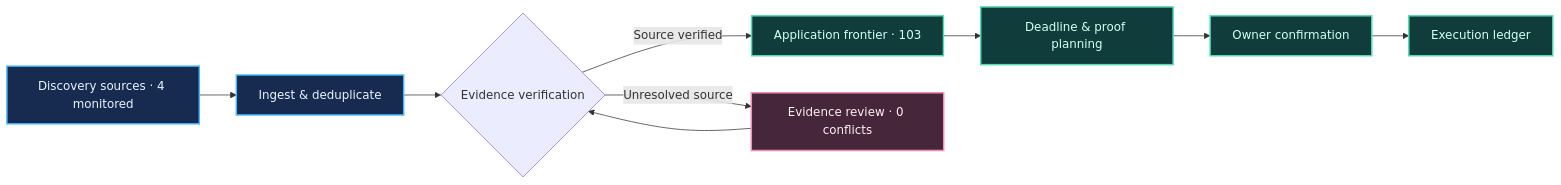
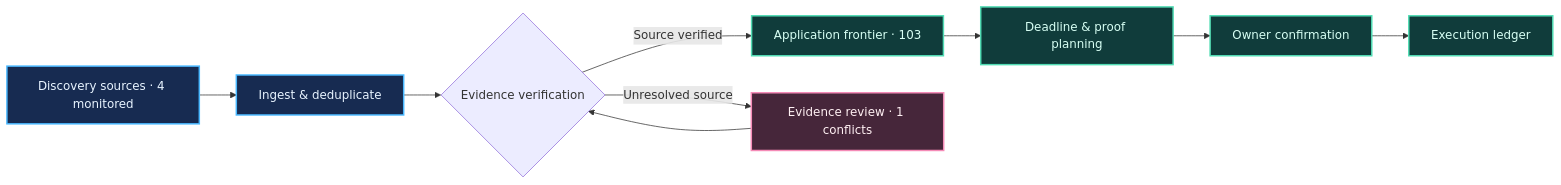
One commit to Armanasq/phd_tracker changed the diagram in docs/diagrams/pipeline.mmd. Above: the diagram before and after it, drawn with Mermaid. The commit also changed 19 other files, not shown here.

```diff
--- a/docs/diagrams/pipeline.mmd
+++ b/docs/diagrams/pipeline.mmd
@@ -1,15 +1,15 @@
 flowchart LR
     A["Discovery sources · 4 monitored"] --> B["Ingest & deduplicate"]
     B --> C{"Evidence verification"}
     C -->|"Source verified"| D["Application frontier · 103"]
-    C -->|"Unresolved source"| E["Evidence review · 0 conflicts"]
+    C -->|"Unresolved source"| E["Evidence review · 1 conflicts"]
     E --> C
     D --> F["Deadline & proof planning"]
     F --> G["Owner confirmation"]
     G --> H["Execution ledger"]
     classDef source fill:#172b51,color:#e8f4ff,stroke:#49b8ff,stroke-width:2px
     classDef verified fill:#103c3b,color:#d7fff4,stroke:#51dcb4,stroke-width:2px
     classDef attention fill:#46263a,color:#fff0f3,stroke:#f58bb7,stroke-width:2px
     class A,B source
     class D,F,G,H verified
     class E attention
```
